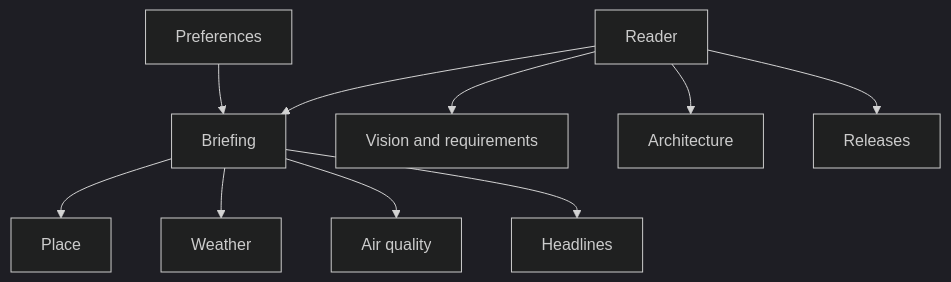
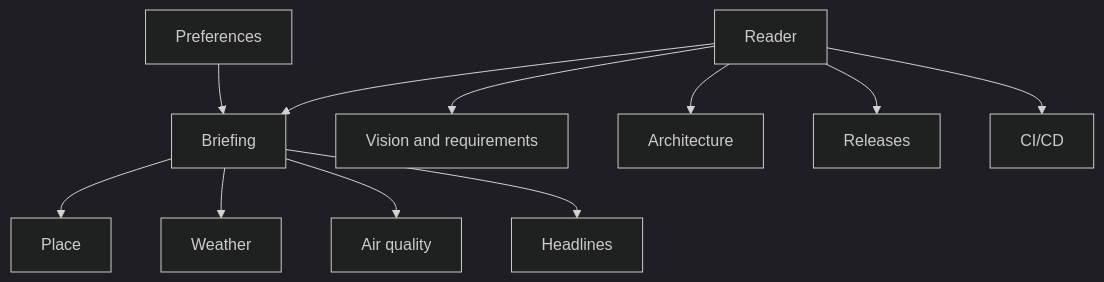
The first of 3 diagrams in docs/architecture.md (jmaret/daily-briefing), drawn with Mermaid (dark theme) before and after one commit. The commit also changed other lines of this file and 6 other files, not shown here.

````diff
--- a/docs/architecture.md
+++ b/docs/architecture.md
@@ -7,13 +7,14 @@
 ```mermaid
 flowchart TD
   reader[Reader]
   reader --> briefing[Briefing]
   reader --> vision[Vision and requirements]
   reader --> architecture[Architecture]
   reader --> releases[Releases]
+  reader --> cicd[CI/CD]
   briefing --> place[Place]
   briefing --> weather[Weather]
   briefing --> air[Air quality]
   briefing --> headlines[Headlines]
   prefs[Preferences] --> briefing
 ```
````
